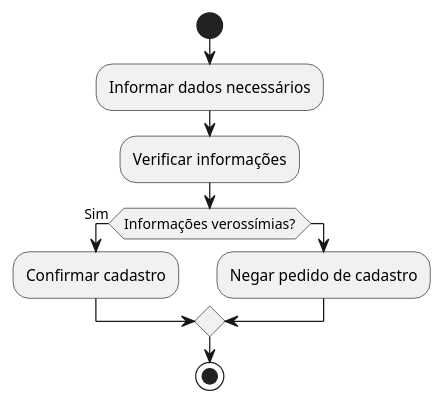
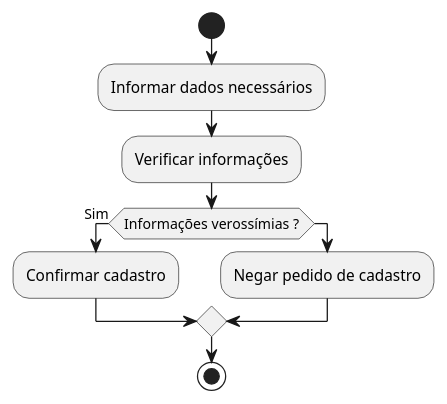
Before and after one commit to victoralvess/ineed-uml-diagrams: the diagram in realizar-cadastro-como-lojista.wsd, drawn with PlantUML. The commit also changed 3 other files, not shown here.

```diff
--- a/realizar-cadastro-como-lojista.wsd
+++ b/realizar-cadastro-como-lojista.wsd
@@ -1,11 +1,11 @@
 @startuml
 start
         :Informar dados necessários;
         :Verificar informações;
-        if (Informações verossímias?) then (Sim)
+        if (Informações verossímias ?) then (Sim)
             :Confirmar cadastro;
         else 
         :Negar pedido de cadastro;
         endif
         stop
 @enduml
```
